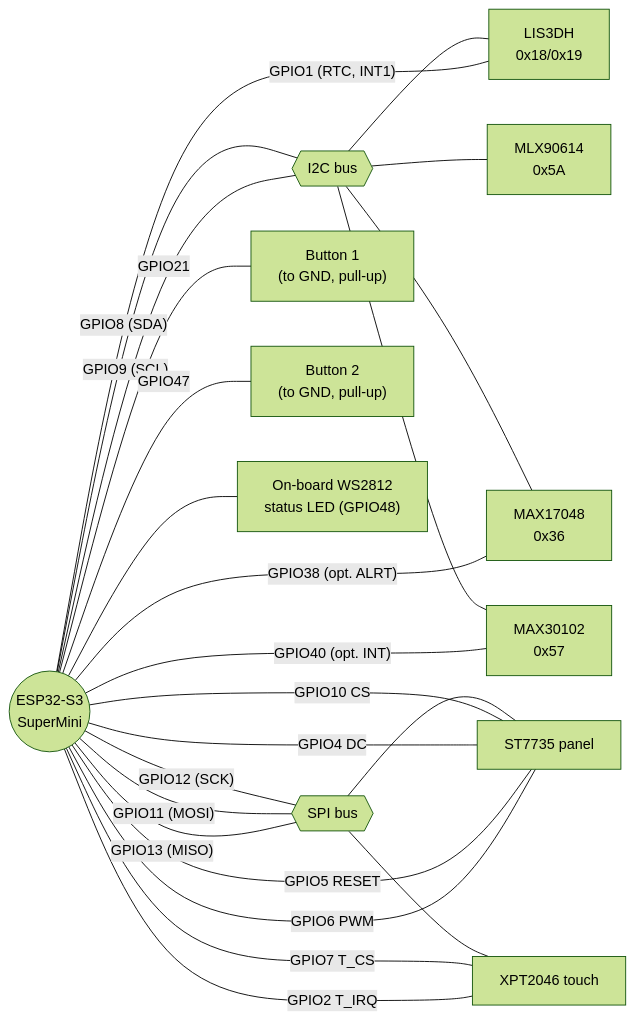
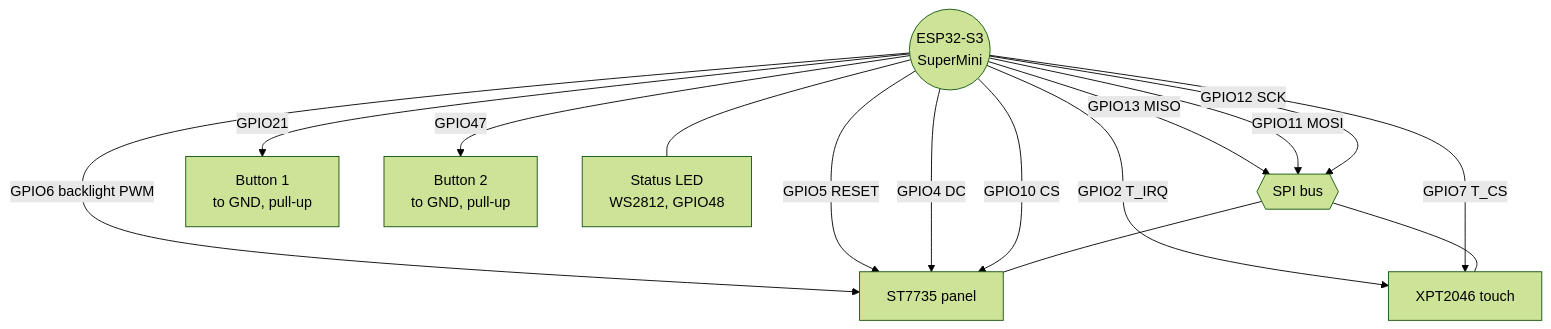
The sixth of 7 diagrams in readme.md (TheWebDevEhi/health-wearable), drawn with Mermaid (forest theme) before and after one commit. The commit also changed other lines of this file, not shown here.

Commit message:
Updated the repo to correct mermaind diagram erros.

````diff
--- a/readme.md
+++ b/readme.md
@@ -224,32 +242,20 @@
 ```mermaid
-flowchart LR
-    MCU(("ESP32-S3\nSuperMini"))
-
-    MCU -- "GPIO8 (SDA)" --- I2C{{I2C bus}}
-    MCU -- "GPIO9 (SCL)" --- I2C
-    I2C --- LIS["LIS3DH\n0x18/0x19"]
-    I2C --- MLX["MLX90614\n0x5A"]
-    I2C --- MAX17["MAX17048\n0x36"]
-    I2C --- MAX30["MAX30102\n0x57"]
-
-    MCU -- "GPIO12 (SCK)" --- SPI{{SPI bus}}
-    MCU -- "GPIO11 (MOSI)" --- SPI
-    MCU -- "GPIO13 (MISO)" --- SPI
+flowchart TB
+    MCU(("ESP32-S3<br/>SuperMini"))
+    MCU -->|GPIO12 SCK| SPI{{SPI bus}}
+    MCU -->|GPIO11 MOSI| SPI
+    MCU -->|GPIO13 MISO| SPI
     SPI --- LCD["ST7735 panel"]
     SPI --- XPT["XPT2046 touch"]
 
-    MCU -- "GPIO10 CS" --- LCD
-    MCU -- "GPIO4 DC" --- LCD
-    MCU -- "GPIO5 RESET" --- LCD
-    MCU -- "GPIO6 PWM" --- LCD
-    MCU -- "GPIO7 T_CS" --- XPT
-    MCU -- "GPIO2 T_IRQ" --- XPT
+    MCU -->|GPIO10 CS| LCD
+    MCU -->|GPIO4 DC| LCD
+    MCU -->|GPIO5 RESET| LCD
+    MCU -->|GPIO6 backlight PWM| LCD
+    MCU -->|GPIO7 T_CS| XPT
+    MCU -->|GPIO2 T_IRQ| XPT
 
-    MCU -- "GPIO1 (RTC, INT1)" --- LIS
-    MCU -- "GPIO40 (opt. INT)" --- MAX30
-    MCU -- "GPIO38 (opt. ALRT)" --- MAX17
-
-    MCU -- "GPIO21" --- BTN1["Button 1\n(to GND, pull-up)"]
-    MCU -- "GPIO47" --- BTN2["Button 2\n(to GND, pull-up)"]
-    MCU --- LEDW["On-board WS2812\nstatus LED (GPIO48)"]
+    MCU -->|GPIO21| BTN1["Button 1<br/>to GND, pull-up"]
+    MCU -->|GPIO47| BTN2["Button 2<br/>to GND, pull-up"]
+    MCU --- LEDW["Status LED<br/>WS2812, GPIO48"]
 ```
````
